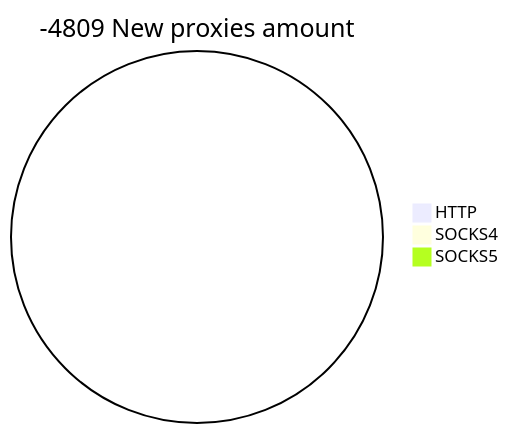
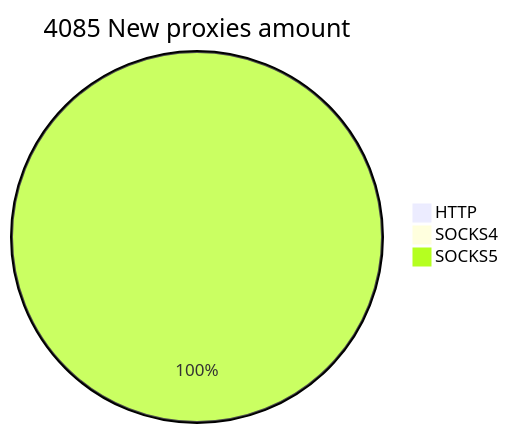
The second of 2 diagrams in README.md (cutipu/proxylist), drawn with Mermaid before and after one commit. The commit also changed other lines of this file, not shown here.

````diff
--- a/README.md
+++ b/README.md
@@ -10,6 +10,6 @@
 ```mermaid
-pie title -4809 New proxies amount
+pie title 4085 New proxies amount
     "HTTP" : 0
     "SOCKS4" : 0
-    "SOCKS5" : 0
+    "SOCKS5" : 4777
 ```
````
